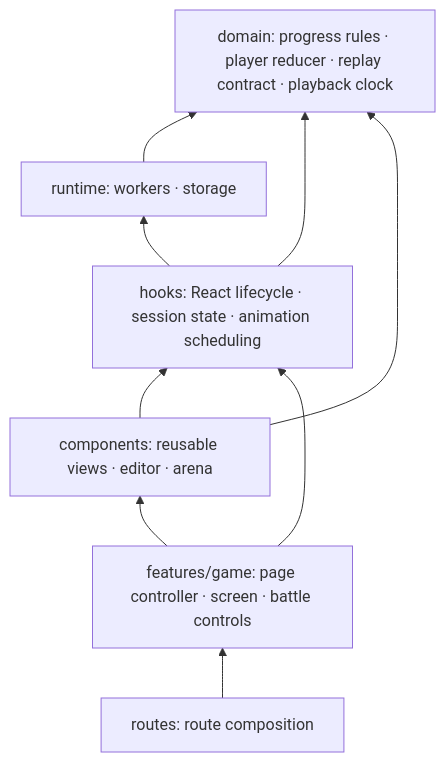
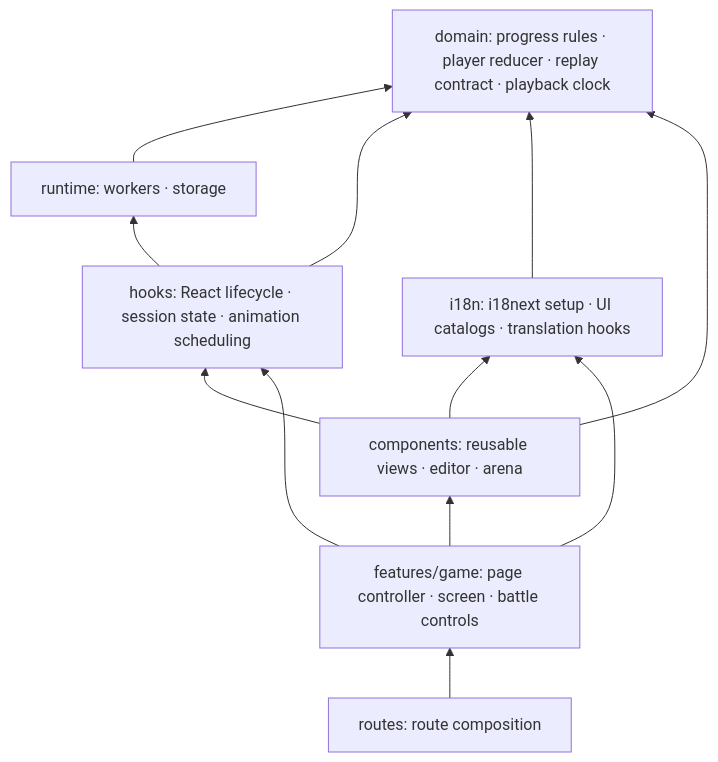
Before and after one commit to cgougui/code_royale: the second of 3 diagrams in docs/architecture.md, drawn with Mermaid. The commit also changed other lines of this file and 104 other files, not shown here.

````diff
--- a/docs/architecture.md
+++ b/docs/architecture.md
@@ -51,17 +51,21 @@
 ```mermaid
 graph BT
   domain["domain: progress rules · player reducer · replay contract · playback clock"]
   runtime["runtime: workers · storage"]
   hooks["hooks: React lifecycle · session state · animation scheduling"]
+  i18n["i18n: i18next setup · UI catalogs · translation hooks"]
   components["components: reusable views · editor · arena"]
   features["features/game: page controller · screen · battle controls"]
   routes["routes: route composition"]
   runtime --> domain
   hooks --> domain
   hooks --> runtime
+  i18n --> domain
   components --> domain
   components --> hooks
+  components --> i18n
+  features --> i18n
   features --> hooks
   features --> components
   routes --> features
 ```
````
